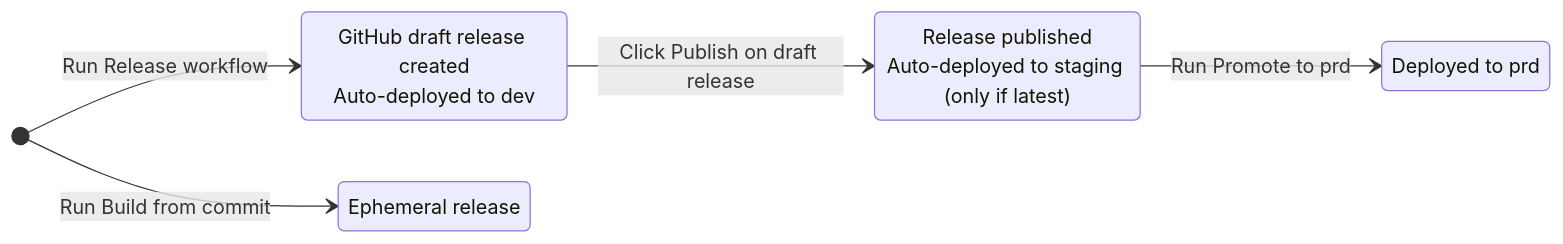
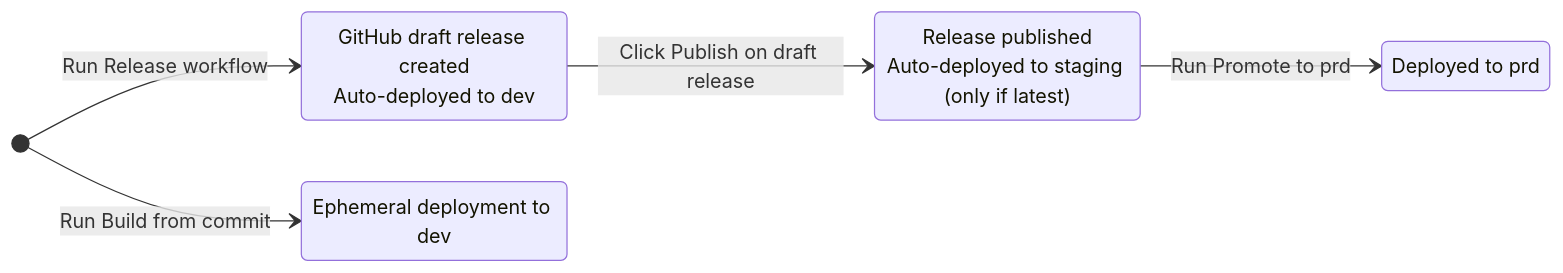
Before and after one commit to rodekruis/qualitative-feedback-analysis: the first of 2 diagrams in docs/operations/release-flow.md, drawn with Mermaid.

Commit message:
docs: label in diagram

````diff
--- a/docs/operations/release-flow.md
+++ b/docs/operations/release-flow.md
@@ -9,13 +9,13 @@
 ```mermaid
 stateDiagram-v2
     direction LR
     state "GitHub draft release created<br/>Auto-deployed to dev" as Dev
     state "Release published<br/>Auto-deployed to staging (only if latest)" as Published
     state "Deployed to prd" as Prd
-    state "Ephemeral release" as Ephemeral
+    state "Ephemeral deployment to dev" as Ephemeral
 
     [*] --> Dev: Run Release workflow
     Dev --> Published: Click Publish on draft release
     Published --> Prd: Run Promote to prd
     [*] --> Ephemeral: Run Build from commit
 ```
````
